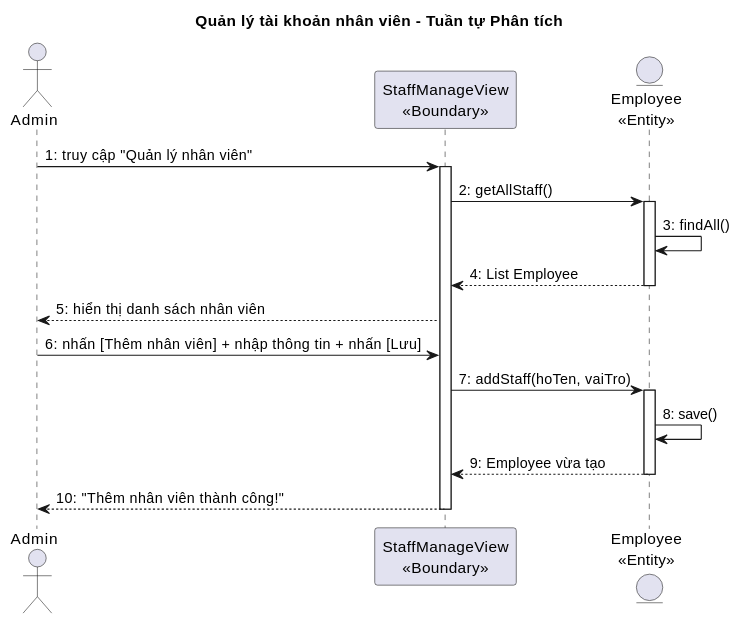
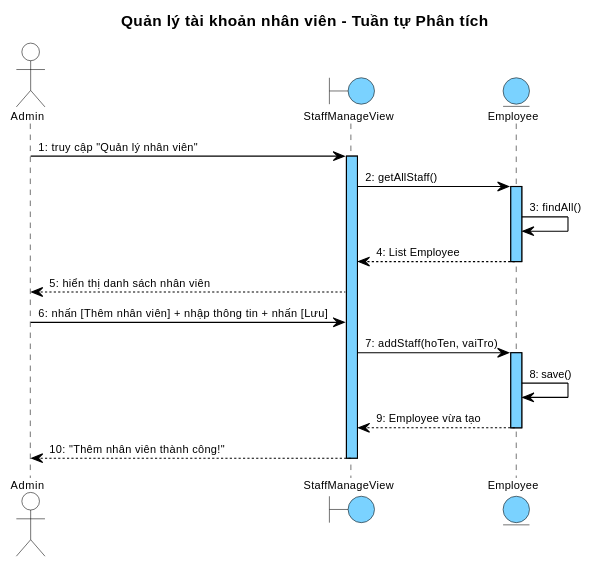
The fifth of 5 diagrams in docs/tabs/section-account-ii.md (thanhtrnnn/cnpm), drawn with PlantUML before and after one commit. The commit also changed other lines of this file and 14 other files, not shown here.

First line of the commit message:
feat: UC detail diagrams + new sequence diagram style (blue lifelines)

````diff
--- a/docs/tabs/section-account-ii.md
+++ b/docs/tabs/section-account-ii.md
@@ -414,27 +610,76 @@
 ```plantuml
 @startuml
+skinparam shadowing false
+skinparam SequenceMessageAlign left
+
+skinparam SequenceLifeLineBackgroundColor #7AD2FF
+skinparam SequenceLifeLineBorderColor #000000
+
+<style>
+sequenceDiagram {
+  Shadowing 0
+  RoundCorner 0
+  FontName "Arial"
+  FontSize 10
+  FontColor #000000
+
+  participant {
+    BackgroundColor #7AD2FF
+    LineColor #000000
+    LineThickness 1
+  }
+
+  actor {
+    BackgroundColor transparent
+    LineColor #000000
+  }
+  boundary {
+    BackgroundColor #7AD2FF
+    LineColor #000000
+  }
+  control {
+    BackgroundColor #7AD2FF
+    LineColor #000000
+  }
+  entity {
+    BackgroundColor #7AD2FF
+    LineColor #000000
+  }
+
+  lifeline {
+    LineColor #000000
+    LineStyle 5-5
+  }
+
+  arrow {
+    LineColor #000000
+    LineThickness 1
+    FontSize 10
+  }
+}
+</style>
 title Quản lý tài khoản nhân viên – Tuần tự Phân tích
 
 actor "Admin" as Admin
-participant "StaffManageView\n<<Boundary>>" as B1
-entity "Employee\n<<Entity>>" as E1
+boundary StaffManageView as B1
+entity Employee as E1
 
 Admin -> B1 : 1: truy cập "Quản lý nhân viên"
 activate B1
 B1 -> E1 : 2: getAllStaff()
 activate E1
 E1 -> E1 : 3: findAll()
 E1 --> B1 : 4: List Employee
 deactivate E1
 B1 --> Admin : 5: hiển thị danh sách nhân viên
 
 Admin -> B1 : 6: nhấn [Thêm nhân viên] + nhập thông tin + nhấn [Lưu]
 B1 -> E1 : 7: addStaff(hoTen, vaiTro)
 activate E1
 E1 -> E1 : 8: save()
 E1 --> B1 : 9: Employee vừa tạo
 deactivate E1
 B1 --> Admin : 10: "Thêm nhân viên thành công!"
 deactivate B1
 @enduml
 ```
````
